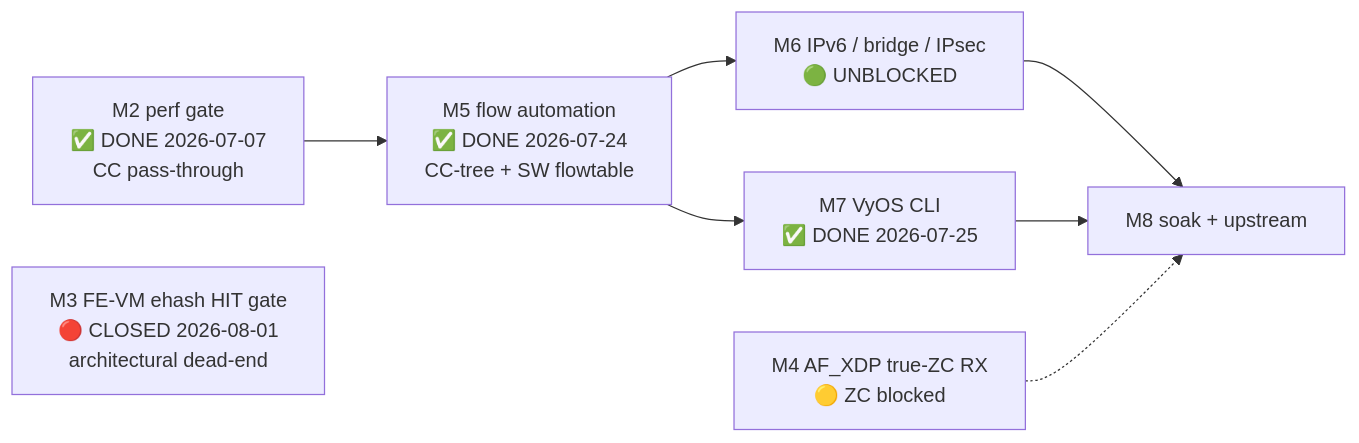
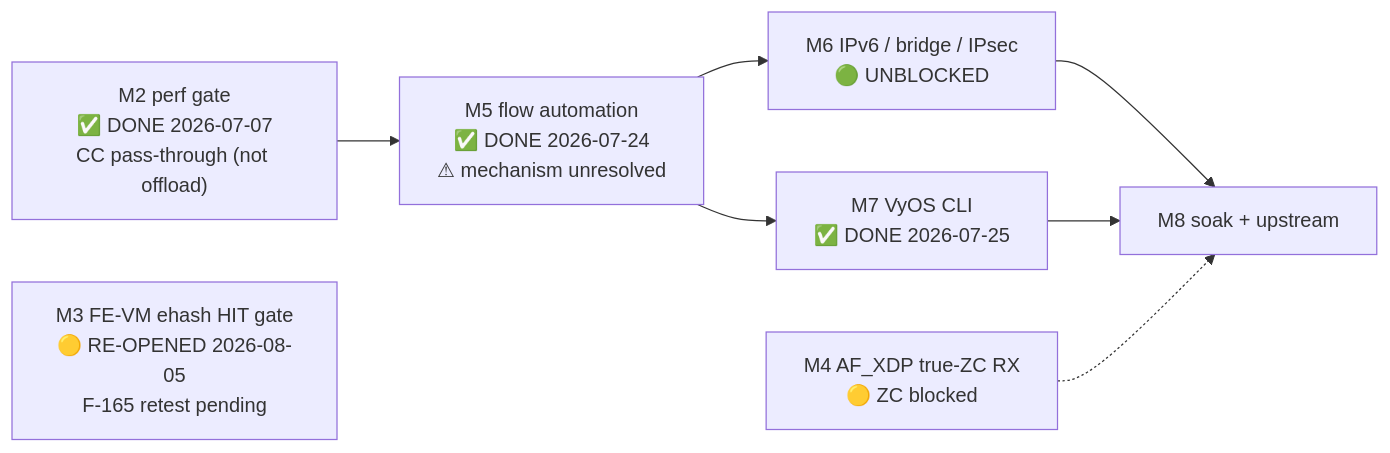
Before and after one commit to Daegara/vyos-ls1046a-build: the diagram in plans/ASK2-MASTER-PLAN.md, drawn with Mermaid. The commit also changed other lines of this file, not shown here.

````diff
--- a/plans/ASK2-MASTER-PLAN.md
+++ b/plans/ASK2-MASTER-PLAN.md
@@ -251,10 +280,10 @@
 ```mermaid
 graph LR
-    M2["M2 perf gate<br/>✅ DONE 2026-07-07<br/>CC pass-through"] --> M5["M5 flow automation<br/>✅ DONE 2026-07-24<br/>CC-tree + SW flowtable"]
-    M3["M3 FE-VM ehash HIT gate<br/>🔴 CLOSED 2026-08-01<br/>architectural dead-end"]
+    M2["M2 perf gate<br/>✅ DONE 2026-07-07<br/>CC pass-through (not offload)"] --> M5["M5 flow automation<br/>✅ DONE 2026-07-24<br/>⚠ mechanism unresolved"]
+    M3["M3 FE-VM ehash HIT gate<br/>🟡 RE-OPENED 2026-08-05<br/>F-165 retest pending"]
     M5 --> M6["M6 IPv6 / bridge / IPsec<br/>🟢 UNBLOCKED"]
     M5 --> M7["M7 VyOS CLI<br/>✅ DONE 2026-07-25"]
     M6 --> M8["M8 soak + upstream"]
     M7 --> M8
     M4["M4 AF_XDP true-ZC RX<br/>🟡 ZC blocked"] -.-> M8
 ```
````
